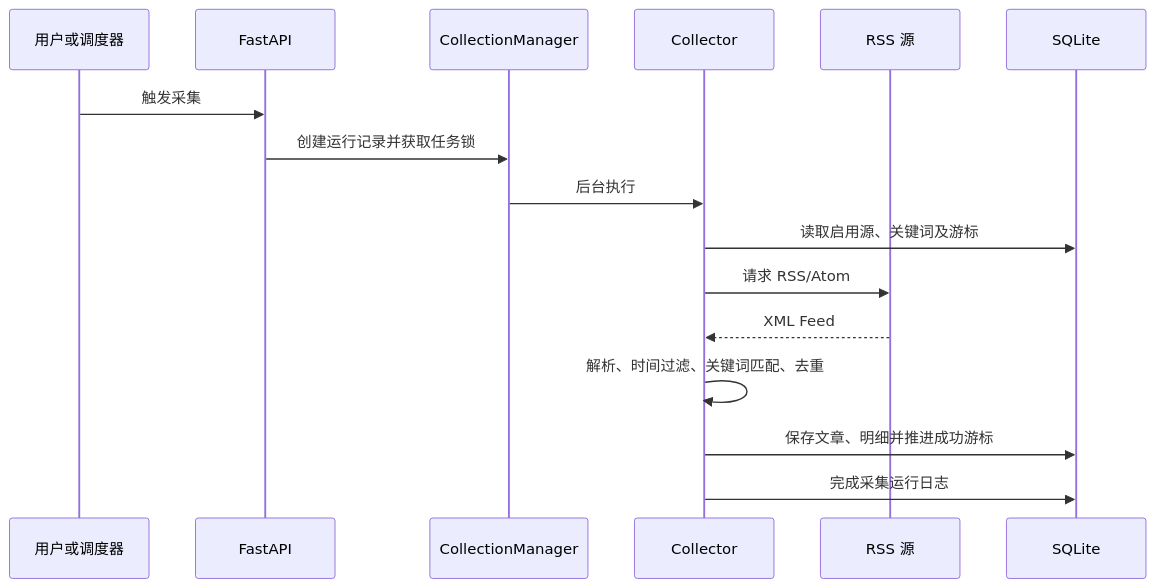
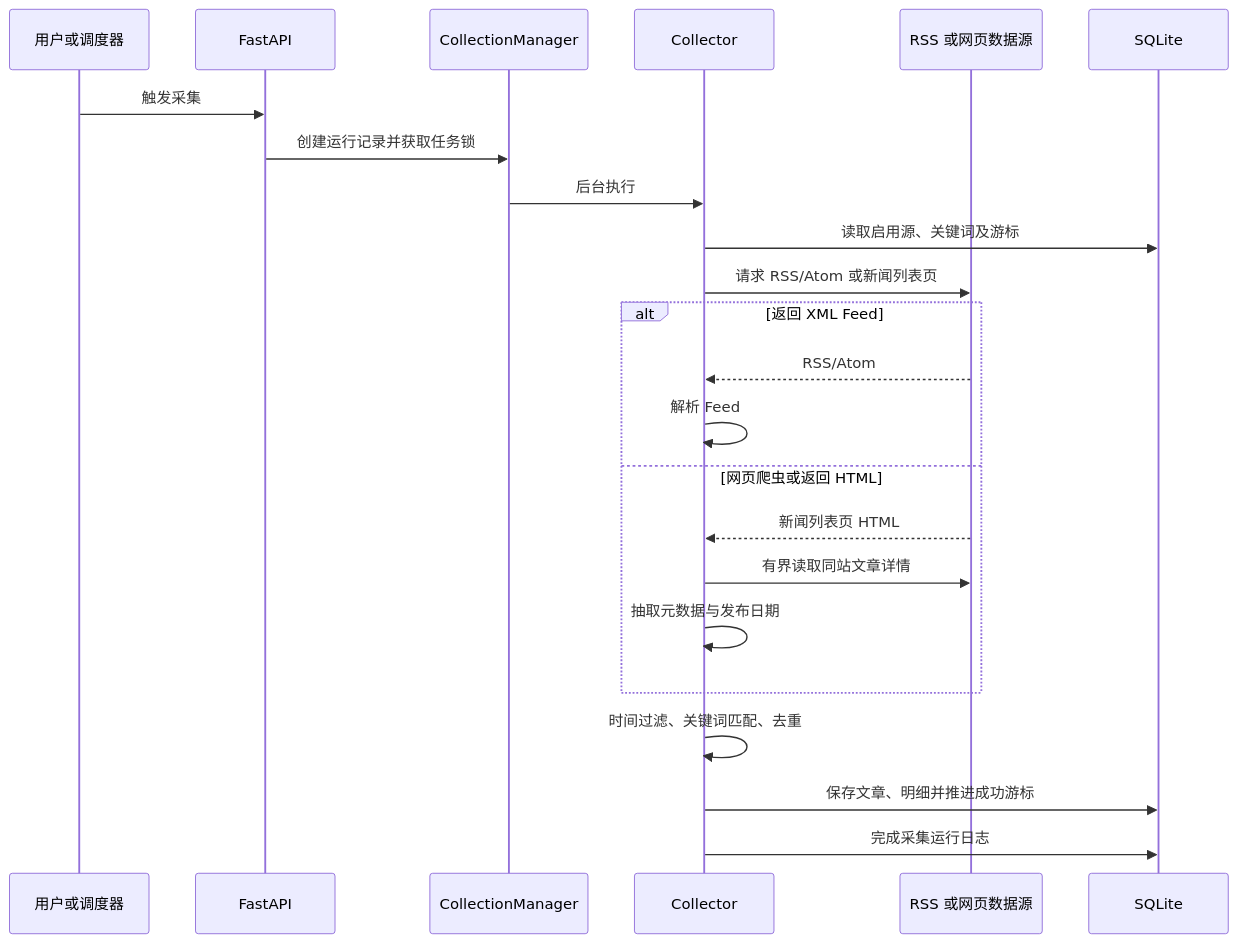
One commit to shiye1213/intco-rss-collector changed the second of 3 diagrams in docs/architecture.md. Above: the diagram before and after it, drawn with Mermaid. The commit also changed other lines of this file and 12 other files, not shown here.

````diff
--- a/docs/architecture.md
+++ b/docs/architecture.md
@@ -51,19 +54,26 @@
 ```mermaid
 sequenceDiagram
     participant User as 用户或调度器
     participant API as FastAPI
     participant Manager as CollectionManager
     participant Collector as Collector
-    participant Feed as RSS 源
+    participant Source as RSS 或网页数据源
     participant DB as SQLite
 
     User->>API: 触发采集
     API->>Manager: 创建运行记录并获取任务锁
     Manager->>Collector: 后台执行
     Collector->>DB: 读取启用源、关键词及游标
-    Collector->>Feed: 请求 RSS/Atom
-    Feed-->>Collector: XML Feed
-    Collector->>Collector: 解析、时间过滤、关键词匹配、去重
+    Collector->>Source: 请求 RSS/Atom 或新闻列表页
+    alt 返回 XML Feed
+        Source-->>Collector: RSS/Atom
+        Collector->>Collector: 解析 Feed
+    else 网页爬虫或返回 HTML
+        Source-->>Collector: 新闻列表页 HTML
+        Collector->>Source: 有界读取同站文章详情
+        Collector->>Collector: 抽取元数据与发布日期
+    end
+    Collector->>Collector: 时间过滤、关键词匹配、去重
     Collector->>DB: 保存文章、明细并推进成功游标
     Collector->>DB: 完成采集运行日志
 ```
````
